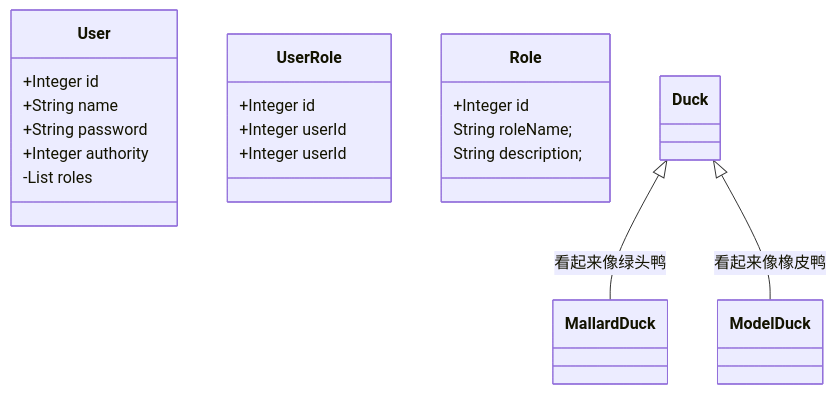
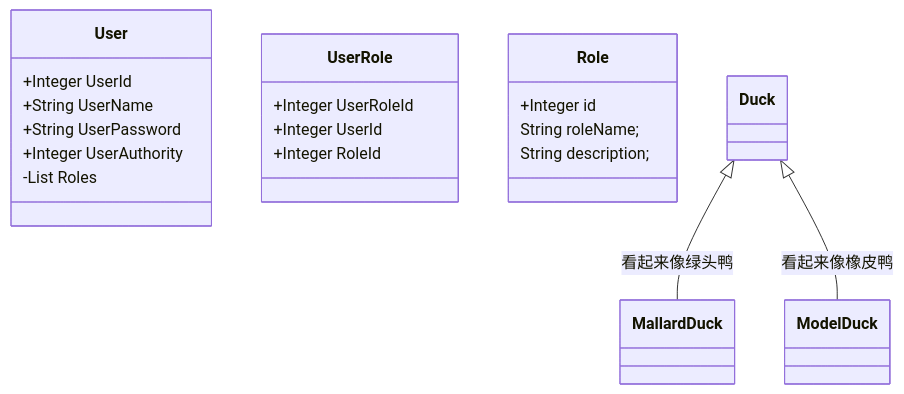
The diagram in 计算机/JavaWeb/后端/SpringBoot/2-2 MyBatis Plus.md (poppop9/obsidian), drawn with Mermaid before and after one commit. The commit also changed 2 other files, not shown here.

Commit message:
vault backup: 2024-06-14 21:13:50

````diff
--- a/计算机/JavaWeb/后端/SpringBoot/2-2 MyBatis Plus.md
+++ b/计算机/JavaWeb/后端/SpringBoot/2-2 MyBatis Plus.md
@@ -466,25 +466,26 @@
 ```mermaid
 classDiagram
     class User {
-		+Integer id
-        +String name
-        +String password
-        +Integer authority
-        -List<String> roles
+		+Integer UserId
+        +String UserName
+        +String UserPassword
+        +Integer UserAuthority
+        -List<String> Roles
     }
     
     class UserRole {
-        +Integer id
-        +Integer userId
-        +Integer userId
+        +Integer UserRoleId
+        +Integer UserId
+        +Integer RoleId
     }
+    
     class Role {
         +Integer id
         String roleName;
         String description;
     }
     
     Duck <|-- MallardDuck : 看起来像绿头鸭
     Duck <|-- ModelDuck : 看起来像橡皮鸭
 
 ```
````
